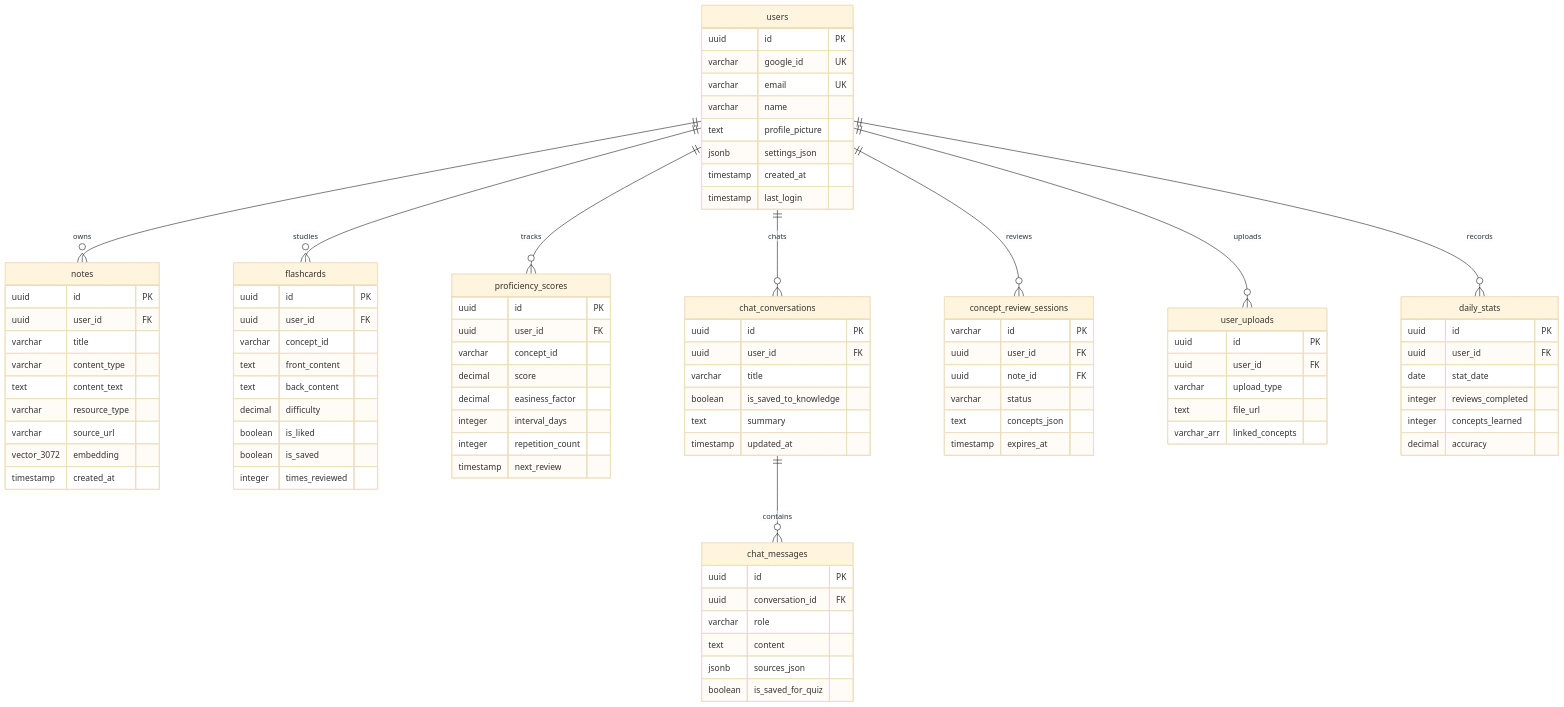
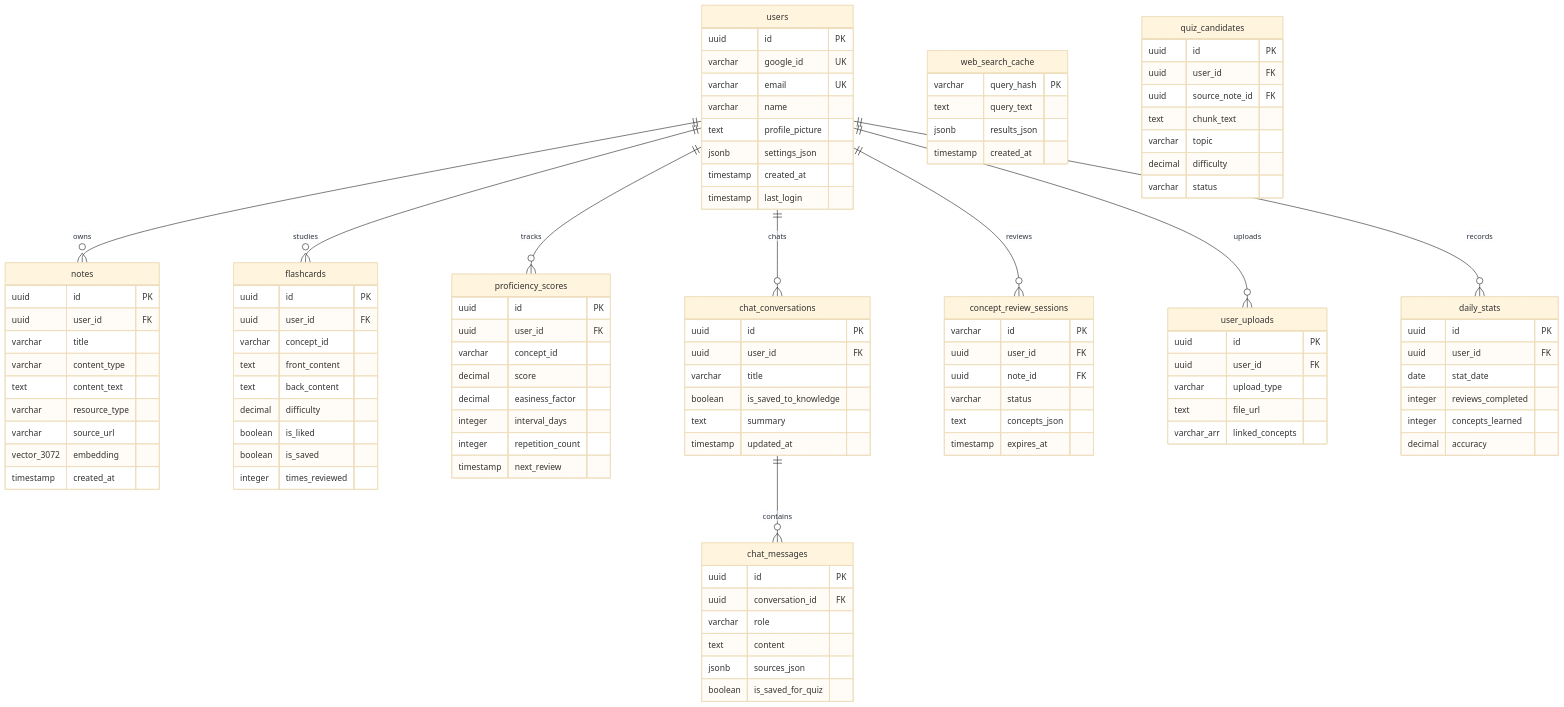
Before and after one commit to usnaveen/GraphRecall: the fourth of 7 diagrams in README.md, drawn with Mermaid (base theme). The commit also changed other lines of this file and 6 other files, not shown here.

```diff
--- a/README.md
+++ b/README.md
@@ -599,6 +605,23 @@
         decimal accuracy
     }
 
+    web_search_cache {
+        varchar query_hash PK
+        text query_text
+        jsonb results_json
+        timestamp created_at
+    }
+
+    quiz_candidates {
+        uuid id PK
+        uuid user_id FK
+        uuid source_note_id FK
+        text chunk_text
+        varchar topic
+        decimal difficulty
+        varchar status
+    }
+
     users ||--o{ notes : owns
     users ||--o{ flashcards : studies
     users ||--o{ proficiency_scores : tracks
```
